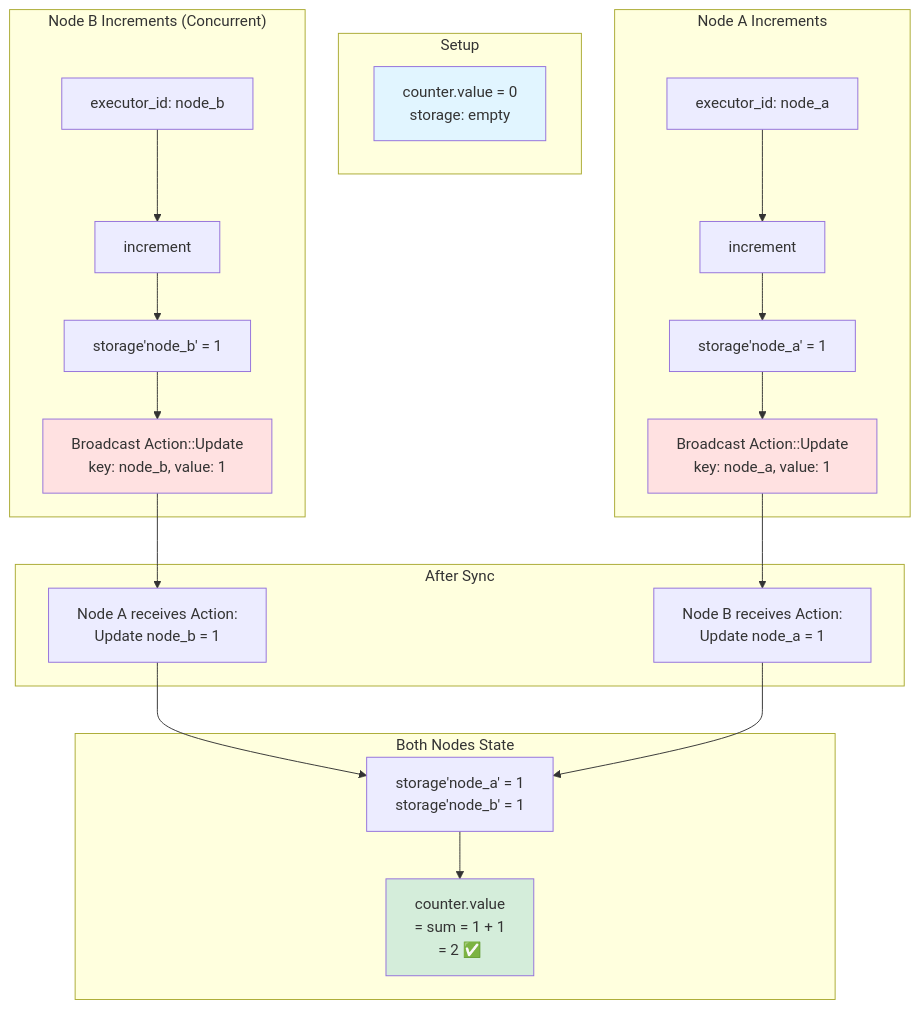
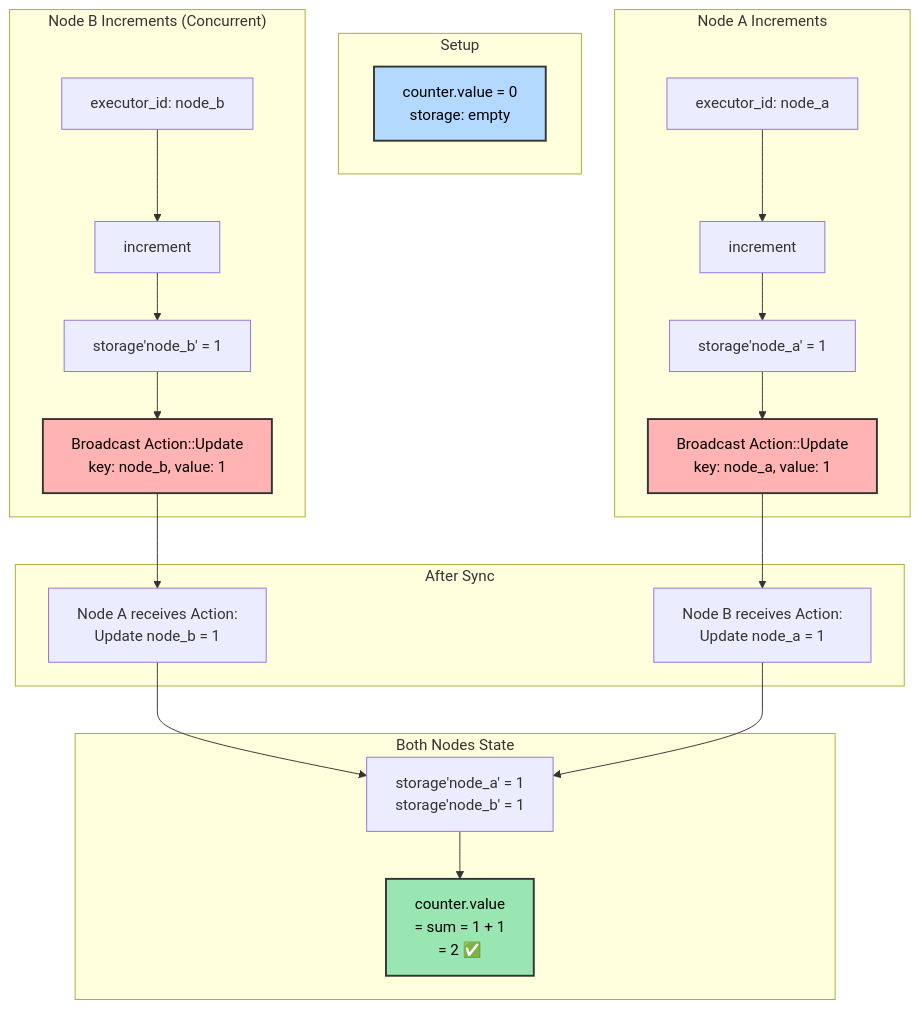
One commit to calimero-network/core changed the sixth of 8 diagrams in crates/storage/README.md. Above: the diagram before and after it, drawn with Mermaid. The commit also changed other lines of this file and 4 other files, not shown here.

First line of the commit message:
fix(docs): improve mermaid diagram accessibility and fix parsing errors

````diff
--- a/crates/storage/README.md
+++ b/crates/storage/README.md
@@ -632,46 +632,46 @@
 ```mermaid
 flowchart TB
     subgraph "Setup"
         I[counter.value = 0<br/>storage: empty]
     end
     
     subgraph "Node A Increments"
         A1[executor_id: node_a]
         A2[increment]
         A3[storage'node_a' = 1]
         A4[Broadcast Action::Update<br/>key: node_a, value: 1]
         
         A1 --> A2 --> A3 --> A4
     end
     
     subgraph "Node B Increments (Concurrent)"
         B1[executor_id: node_b]
         B2[increment]
         B3[storage'node_b' = 1]
         B4[Broadcast Action::Update<br/>key: node_b, value: 1]
         
         B1 --> B2 --> B3 --> B4
     end
     
     subgraph "After Sync"
         S1[Node A receives Action:<br/>Update node_b = 1]
         S2[Node B receives Action:<br/>Update node_a = 1]
         
         A4 --> S2
         B4 --> S1
     end
     
     subgraph "Both Nodes State"
         F1[storage'node_a' = 1<br/>storage'node_b' = 1]
         F2[counter.value<br/>= sum = 1 + 1<br/>= 2 ✅]
         
         S1 --> F1
         S2 --> F1
         F1 --> F2
     end
     
-    style I fill:#e1f5ff
-    style A4 fill:#ffe1e1
-    style B4 fill:#ffe1e1
-    style F2 fill:#d4edda
+    style I fill:#b3d9ff,stroke:#333,stroke-width:2px,color:#000
+    style A4 fill:#ffb3b3,stroke:#333,stroke-width:2px,color:#000
+    style B4 fill:#ffb3b3,stroke:#333,stroke-width:2px,color:#000
+    style F2 fill:#99e6b3,stroke:#333,stroke-width:2px,color:#000
 ```
````
